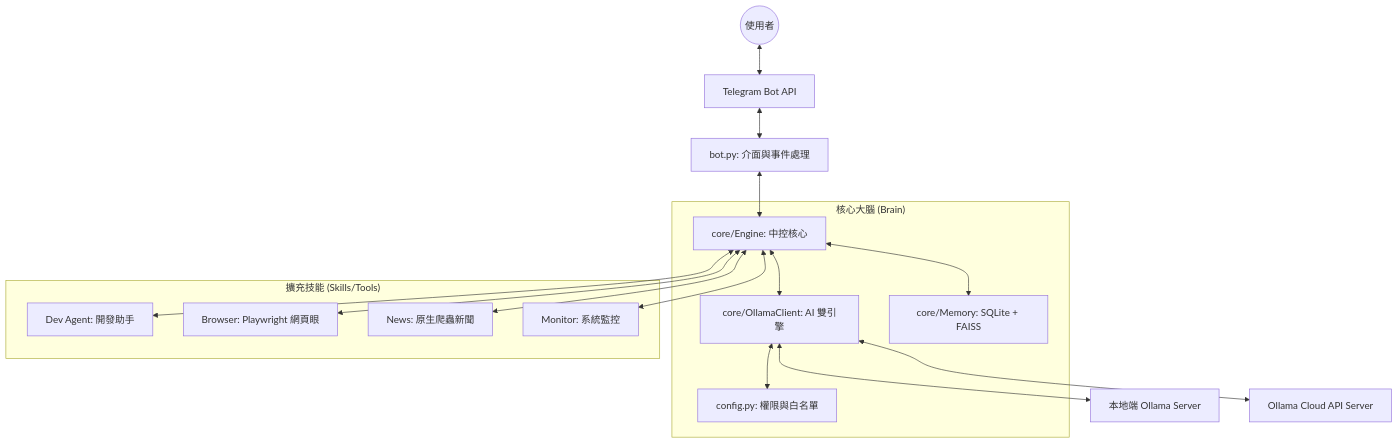
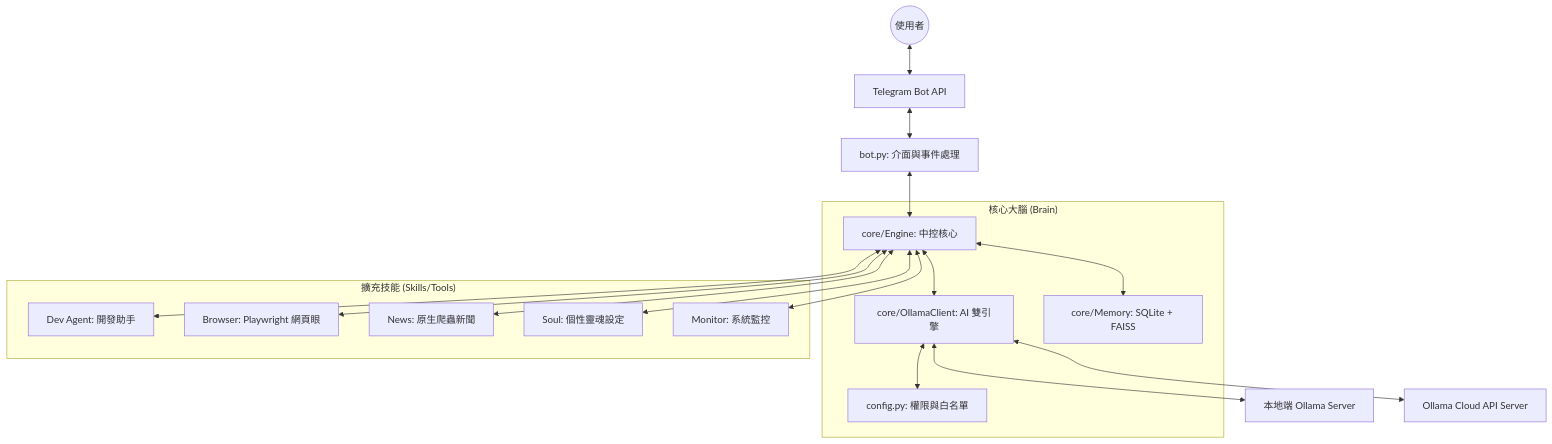
The diagram in README.md (nchiyi/mini_agent_team), drawn with Mermaid before and after one commit. The commit also changed other lines of this file and 3 other files, not shown here.

````diff
--- a/README.md
+++ b/README.md
@@ -11,22 +11,23 @@
 ```mermaid
 graph TD
     User((使用者)) <--> Telegram[Telegram Bot API]
     Telegram <--> BotPy[bot.py: 介面與事件處理]
     BotPy <--> Engine[core/Engine: 中控核心]
     
     subgraph "核心大腦 (Brain)"
         Engine <--> LLM[core/OllamaClient: AI 雙引擎]
         Engine <--> Memory[core/Memory: SQLite + FAISS]
         LLM <--> Config[config.py: 權限與白名單]
     end
 
     subgraph "擴充技能 (Skills/Tools)"
         Engine <--> Skill1[Dev Agent: 開發助手]
         Engine <--> Skill2[Browser: Playwright 網頁眼]
         Engine <--> Skill3[News: 原生爬蟲新聞]
-        Engine <--> Skill4[Monitor: 系統監控]
+        Engine <--> Skill4[Soul: 個性靈魂設定]
+        Engine <--> Skill5[Monitor: 系統監控]
     end
 
     LLM <--> LocalOllama[本地端 Ollama Server]
     LLM <--> CloudOllama[Ollama Cloud API Server]
 ```
````
